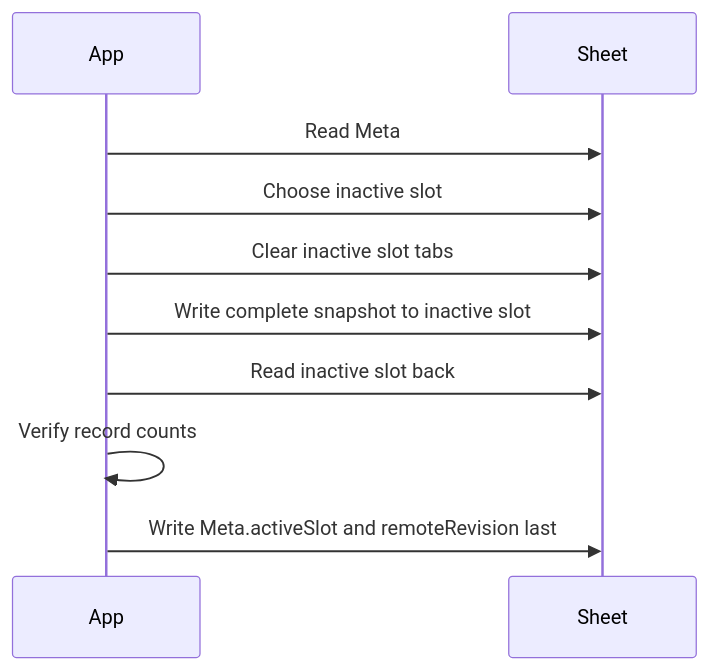
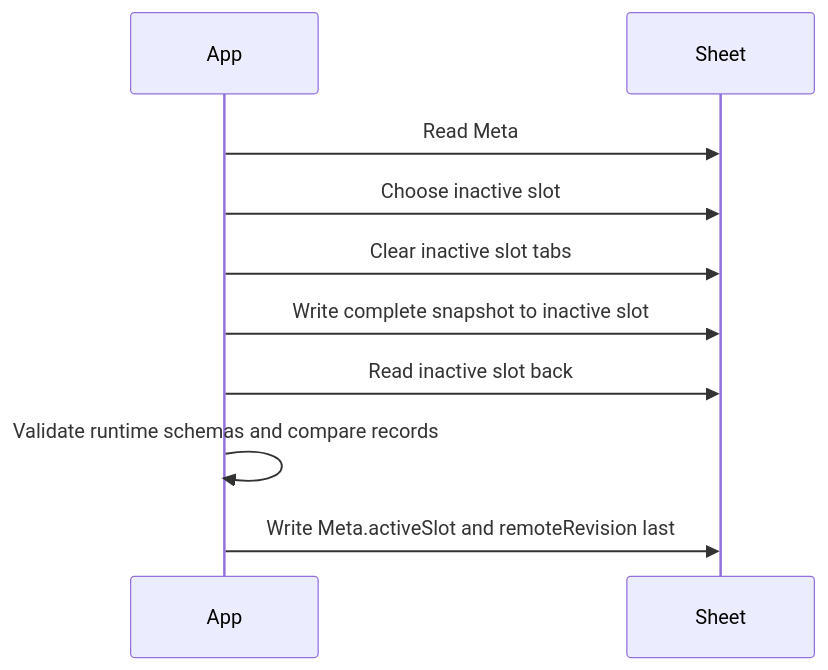
Before and after one commit to datojulien/bluehour: the diagram in docs/GOOGLE_SYNC.md, drawn with Mermaid. The commit also changed other lines of this file and 46 other files, not shown here.

````diff
--- a/docs/GOOGLE_SYNC.md
+++ b/docs/GOOGLE_SYNC.md
@@ -34,12 +36,12 @@
 ```mermaid
 sequenceDiagram
   participant App
   participant Sheet
   App->>Sheet: Read Meta
   App->>Sheet: Choose inactive slot
   App->>Sheet: Clear inactive slot tabs
   App->>Sheet: Write complete snapshot to inactive slot
   App->>Sheet: Read inactive slot back
-  App->>App: Verify record counts
+  App->>App: Validate runtime schemas and compare records
   App->>Sheet: Write Meta.activeSlot and remoteRevision last
 ```
````
